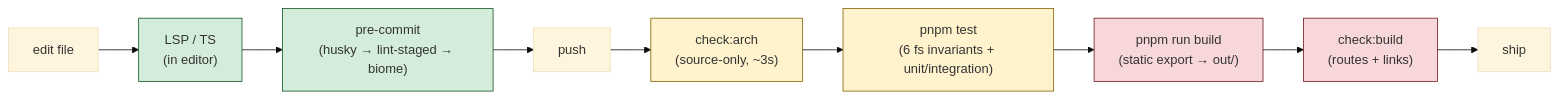
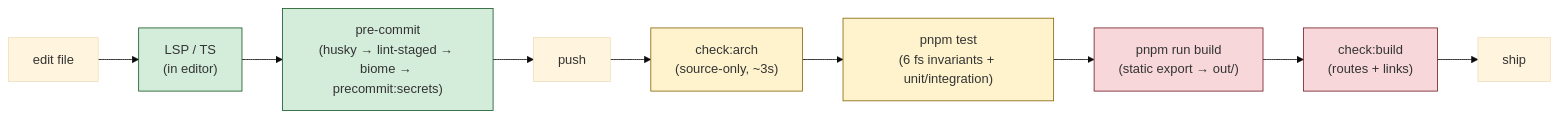
The second of 3 diagrams in docs/HARNESS.md (porscheofficial/porschedigital-technology-radar), drawn with Mermaid (base theme) before and after one commit. The commit also changed other lines of this file and 39 other files, not shown here.

First line of the commit message:
feat: enrich link previews with per-item Open Graph images and add pre-commit secret scan

````diff
--- a/docs/HARNESS.md
+++ b/docs/HARNESS.md
@@ -171,18 +177,18 @@
 ```mermaid
 flowchart LR
     edit["edit file"] --> lsp["LSP / TS<br/>(in editor)"]
-    lsp --> precommit["pre-commit<br/>(husky → lint-staged → biome)"]
+    lsp --> precommit["pre-commit<br/>(husky → lint-staged → biome → precommit:secrets)"]
     precommit --> push["push"]
     push --> arch["check:arch<br/>(source-only, ~3s)"]
     arch --> test["pnpm test<br/>(6 fs invariants + unit/integration)"]
     test --> build["pnpm run build<br/>(static export → out/)"]
     build --> bld["check:build<br/>(routes + links)"]
     bld --> ship["ship"]
 
     classDef cheap fill:#d4edda,stroke:#155724
     classDef medium fill:#fff3cd,stroke:#856404
     classDef costly fill:#f8d7da,stroke:#721c24
     class lsp,precommit cheap
     class arch,test medium
     class build,bld costly
 ```
````
